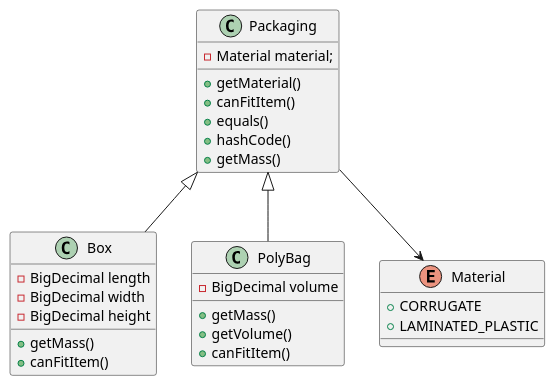
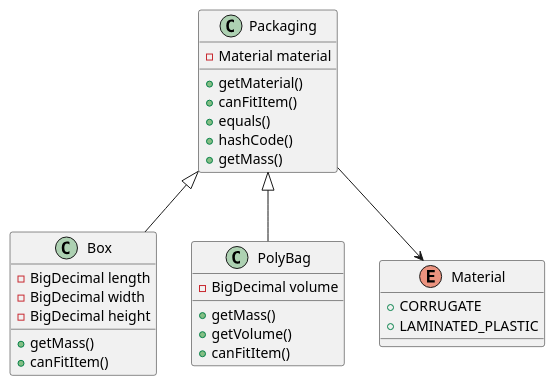
One commit to deepalisethia/sustainable-packaging changed the diagram in src/resources/mastery_task_03_CD.puml. Above: the diagram before and after it, drawn with PlantUML. The commit also changed 3 other files, not shown here.

```diff
--- a/src/resources/mastery_task_03_CD.puml
+++ b/src/resources/mastery_task_03_CD.puml
@@ -1,44 +1,44 @@
 @startuml
 'https://plantuml.com/class-diagram
 
 class Packaging
 class Box
 class PolyBag
 enum Material
 
 
 Packaging <|-- Box
 Packaging <|-- PolyBag
 Packaging --> Material
 
 class Box {
     -BigDecimal length
     -BigDecimal width
     -BigDecimal height
     +getMass()
     +canFitItem()
 }
 
 class Packaging {
-    -Material material;
+    -Material material
     +getMaterial()
     +canFitItem()
     +equals()
     +hashCode()
     +getMass()
 }
 
 class PolyBag {
     -BigDecimal volume
     +getMass()
     +getVolume()
     +canFitItem()
 }
 
 enum Material {
     + CORRUGATE
     + LAMINATED_PLASTIC
 }
 
 
 @enduml
```
